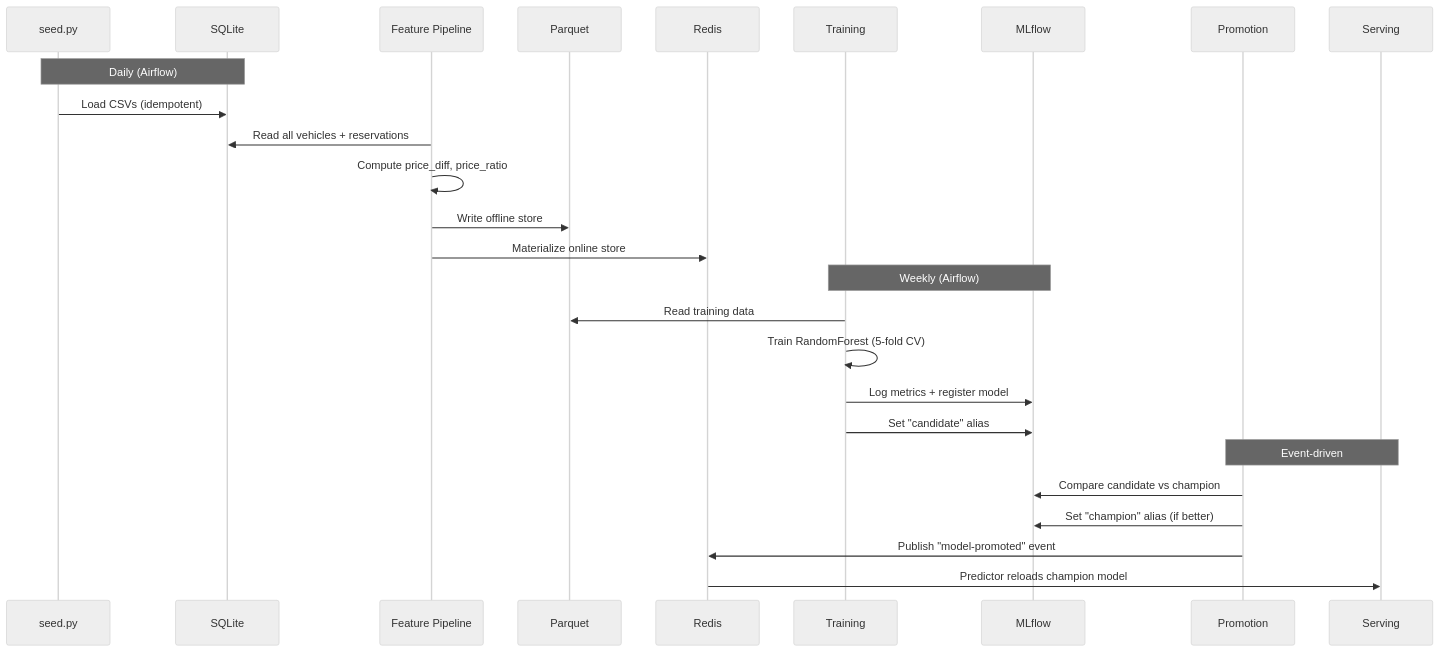
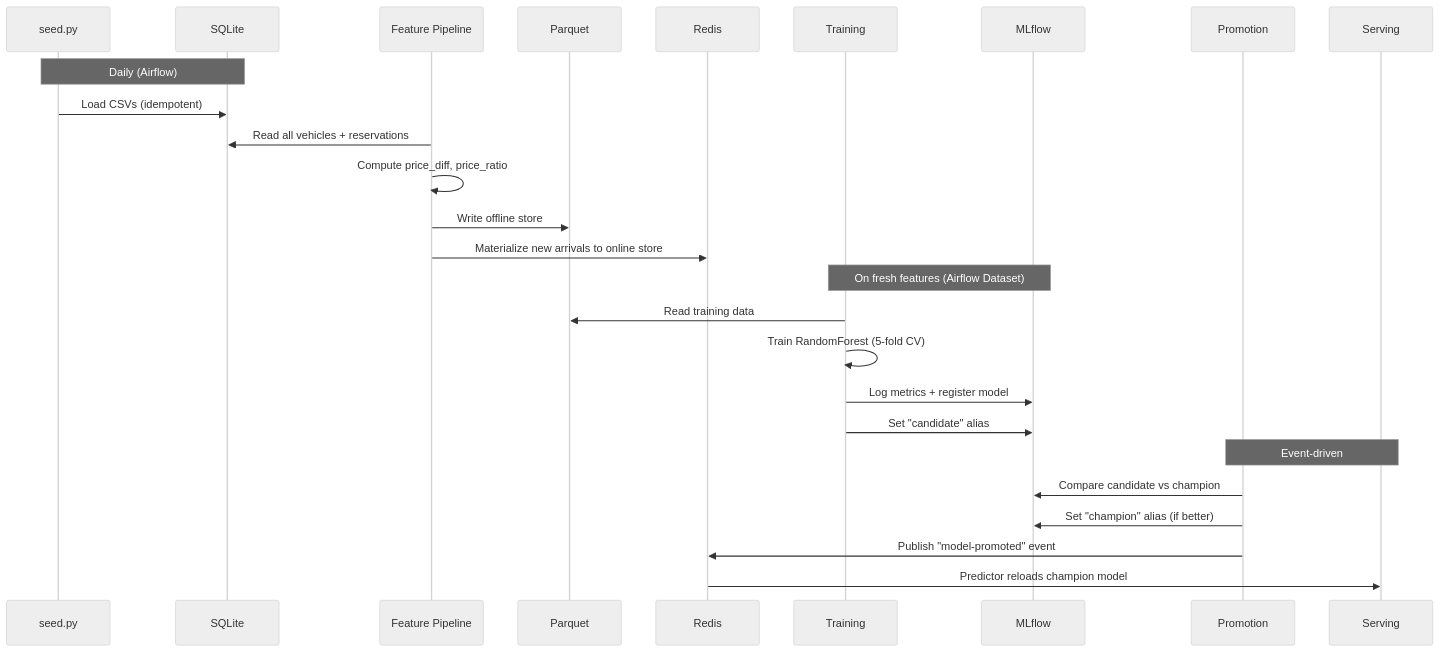
The second of 2 diagrams in README.md (pierreWagou/vroom-forecast), drawn with Mermaid (neutral theme) before and after one commit. The commit also changed other lines of this file and 82 other files, not shown here.

````diff
--- a/README.md
+++ b/README.md
@@ -110,31 +114,31 @@
 ```mermaid
 sequenceDiagram
     participant Seed as seed.py
     participant DB as SQLite
     participant FP as Feature Pipeline
     participant PQ as Parquet
     participant RD as Redis
     participant TR as Training
     participant MLF as MLflow
     participant PR as Promotion
     participant SRV as Serving
 
     Note over Seed,DB: Daily (Airflow)
     Seed->>DB: Load CSVs (idempotent)
     FP->>DB: Read all vehicles + reservations
     FP->>FP: Compute price_diff, price_ratio
     FP->>PQ: Write offline store
-    FP->>RD: Materialize online store
+    FP->>RD: Materialize new arrivals to online store
 
-    Note over TR,MLF: Weekly (Airflow)
+    Note over TR,MLF: On fresh features (Airflow Dataset)
     TR->>PQ: Read training data
     TR->>TR: Train RandomForest (5-fold CV)
     TR->>MLF: Log metrics + register model
     TR->>MLF: Set "candidate" alias
 
     Note over PR,SRV: Event-driven
     PR->>MLF: Compare candidate vs champion
     PR->>MLF: Set "champion" alias (if better)
     PR->>RD: Publish "model-promoted" event
     RD->>SRV: Predictor reloads champion model
 ```
````
